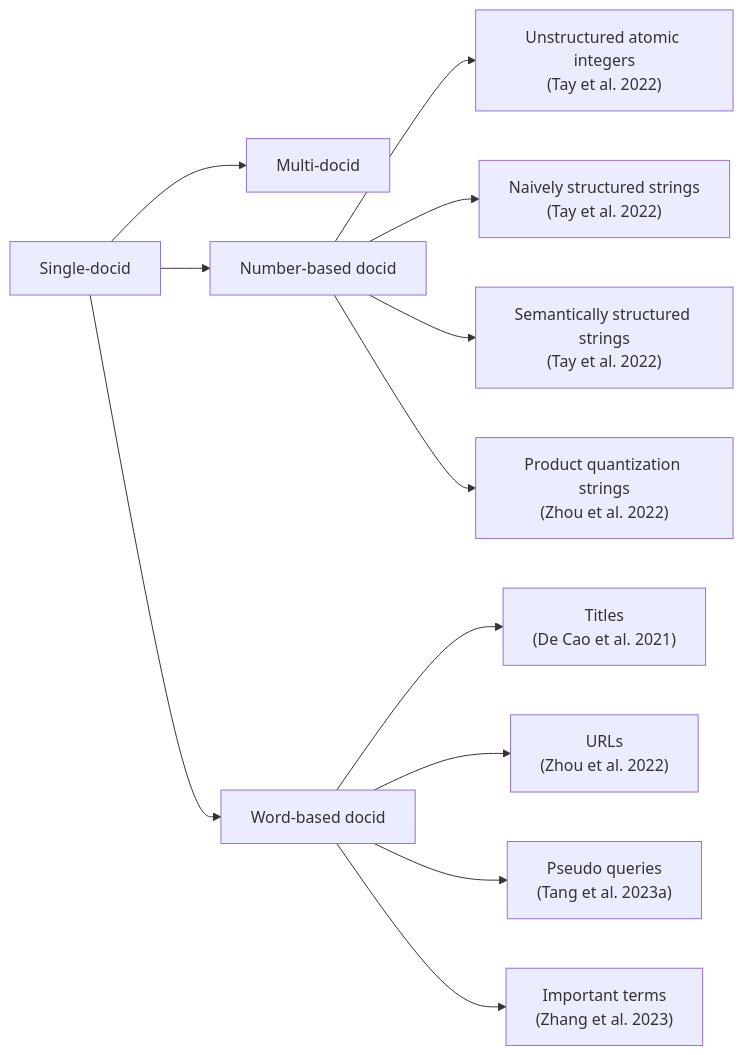
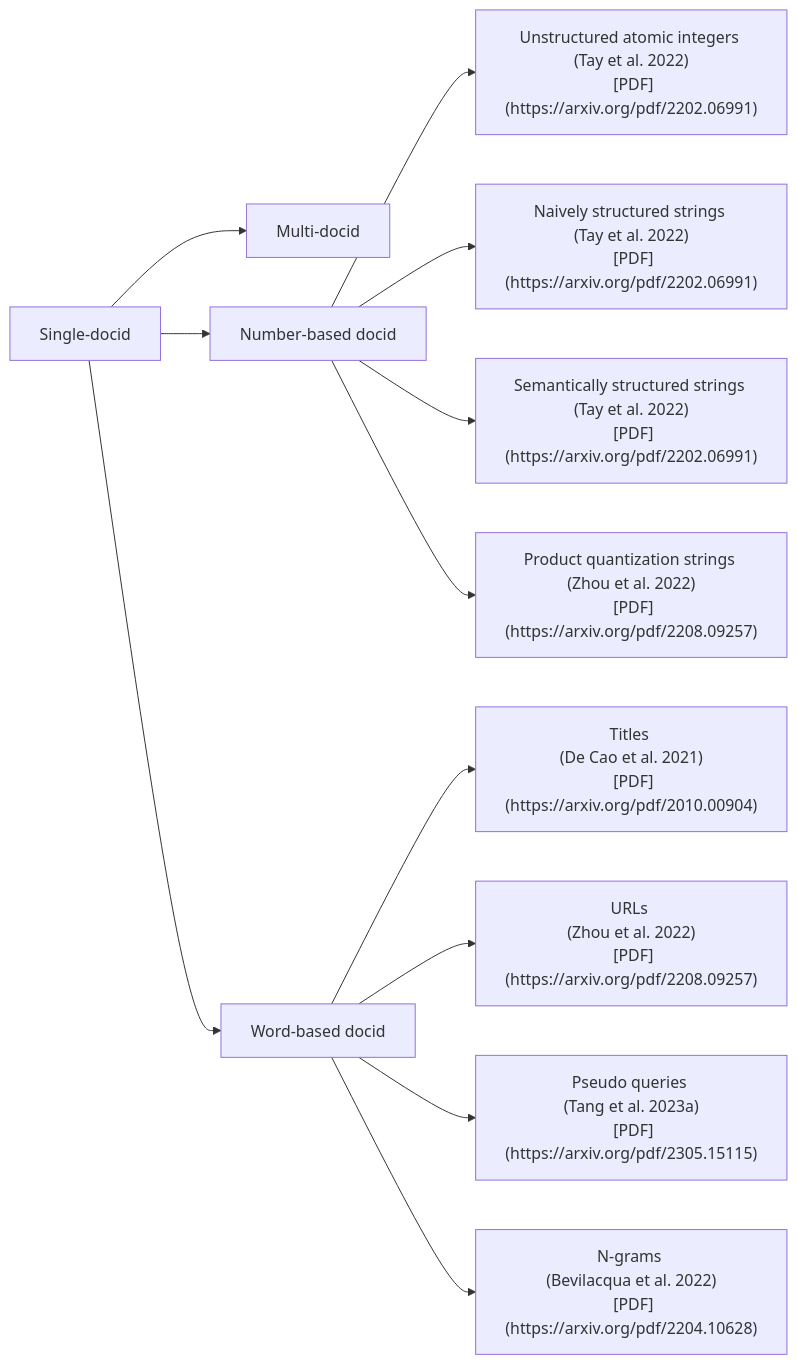
One commit to GenIR-notes/genir-notes changed the diagram in docs/document_retrieval/roadmap.md. Above: the diagram before and after it, drawn with Mermaid.

````diff
--- a/docs/document_retrieval/roadmap.md
+++ b/docs/document_retrieval/roadmap.md
@@ -11,25 +11,25 @@
 ```mermaid
 flowchart LR
 
     %% Main categories
     A["Single-docid"]
     B["Multi-docid"]
 
     A --> A1["Number-based docid"]
     A --> A2["Word-based docid"]
 
     %% Number-based docids breakdown
-    A1 --> A1a["Unstructured atomic integers<br>(Tay et al. 2022)"]
-    A1 --> A1b["Naively structured strings<br>(Tay et al. 2022)"]
-    A1 --> A1c["Semantically structured strings<br>(Tay et al. 2022)"]
-    A1 --> A1d["Product quantization strings<br>(Zhou et al. 2022)"]
+    A1 --> A1a["Unstructured atomic integers <br> (Tay et al. 2022) <br> [PDF](https://arxiv.org/pdf/2202.06991)"]
+    A1 --> A1b["Naively structured strings <br> (Tay et al. 2022) <br> [PDF](https://arxiv.org/pdf/2202.06991)"]
+    A1 --> A1c["Semantically structured strings <br> (Tay et al. 2022) <br> [PDF](https://arxiv.org/pdf/2202.06991)"]
+    A1 --> A1d["Product quantization strings <br> (Zhou et al. 2022) <br> [PDF](https://arxiv.org/pdf/2208.09257)"]
 
     %% Word-based docids breakdown
-    A2 --> A2a["Titles<br>(De Cao et al. 2021)"]
-    A2 --> A2b["URLs<br>(Zhou et al. 2022)"]
-    A2 --> A2c["Pseudo queries<br>(Tang et al. 2023a)"]
-    A2 --> A2d["Important terms<br>(Zhang et al. 2023)"]
+    A2 --> A2a["Titles <br> (De Cao et al. 2021) <br> [PDF](https://arxiv.org/pdf/2010.00904)"]
+    A2 --> A2b["URLs <br> (Zhou et al. 2022) <br> [PDF](https://arxiv.org/pdf/2208.09257)"]
+    A2 --> A2c["Pseudo queries <br> (Tang et al. 2023a) <br> [PDF](https://arxiv.org/pdf/2305.15115)"]
+    A2 --> A2d["N-grams <br> (Bevilacqua et al. 2022) <br> [PDF](https://arxiv.org/pdf/2204.10628)"]
 
     %% Single → Multiple
     A --> B
 ```
````
